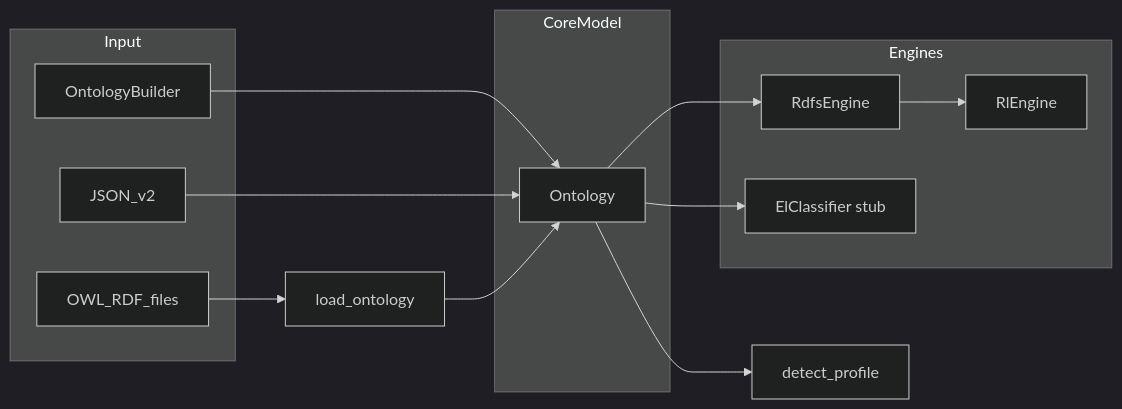
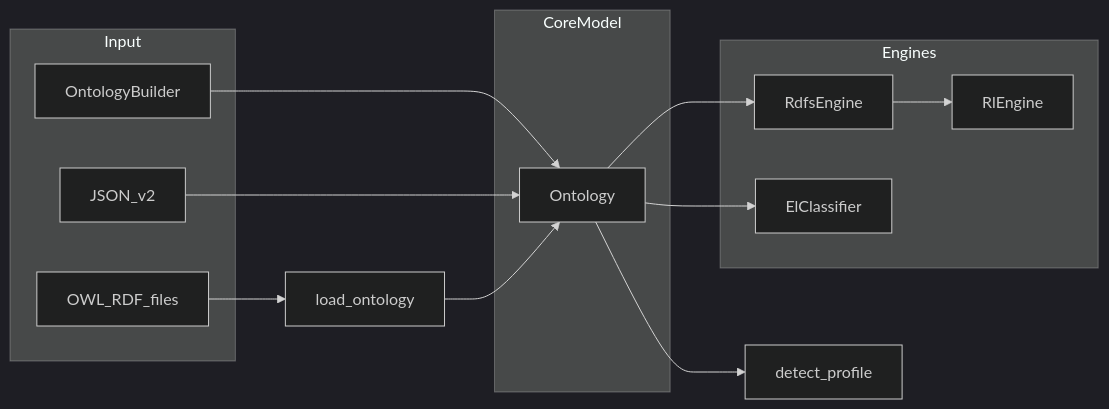
Before and after one commit to eddiethedean/ontologos: the second of 2 diagrams in docs/architecture.md, drawn with Mermaid (dark theme). The commit also changed other lines of this file and 51 other files, not shown here.

````diff
--- a/docs/architecture.md
+++ b/docs/architecture.md
@@ -46,26 +50,26 @@
 ```mermaid
 flowchart LR
   subgraph input [Input]
     builder[OntologyBuilder]
     json[JSON_v2]
     owl[OWL_RDF_files]
   end
 
   subgraph model [CoreModel]
     ontology[Ontology]
   end
 
   subgraph engines [Engines]
     rdfsEng[RdfsEngine]
     rlEng[RlEngine]
-    elEng[ElClassifier stub]
+    elEng[ElClassifier]
   end
 
   builder --> ontology
   json --> ontology
   owl --> parser[load_ontology] --> ontology
   ontology --> profileDet[detect_profile]
   ontology --> rdfsEng
   rdfsEng --> rlEng
   ontology --> elEng
 ```
````
